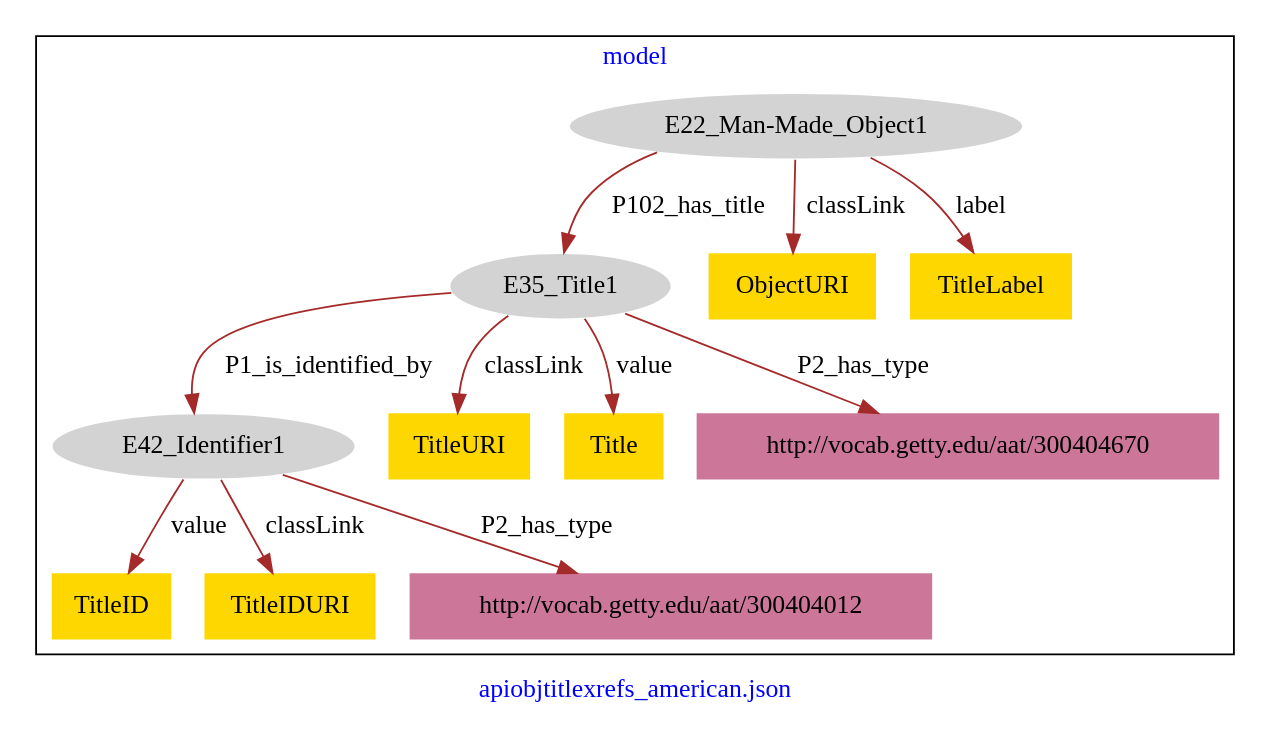
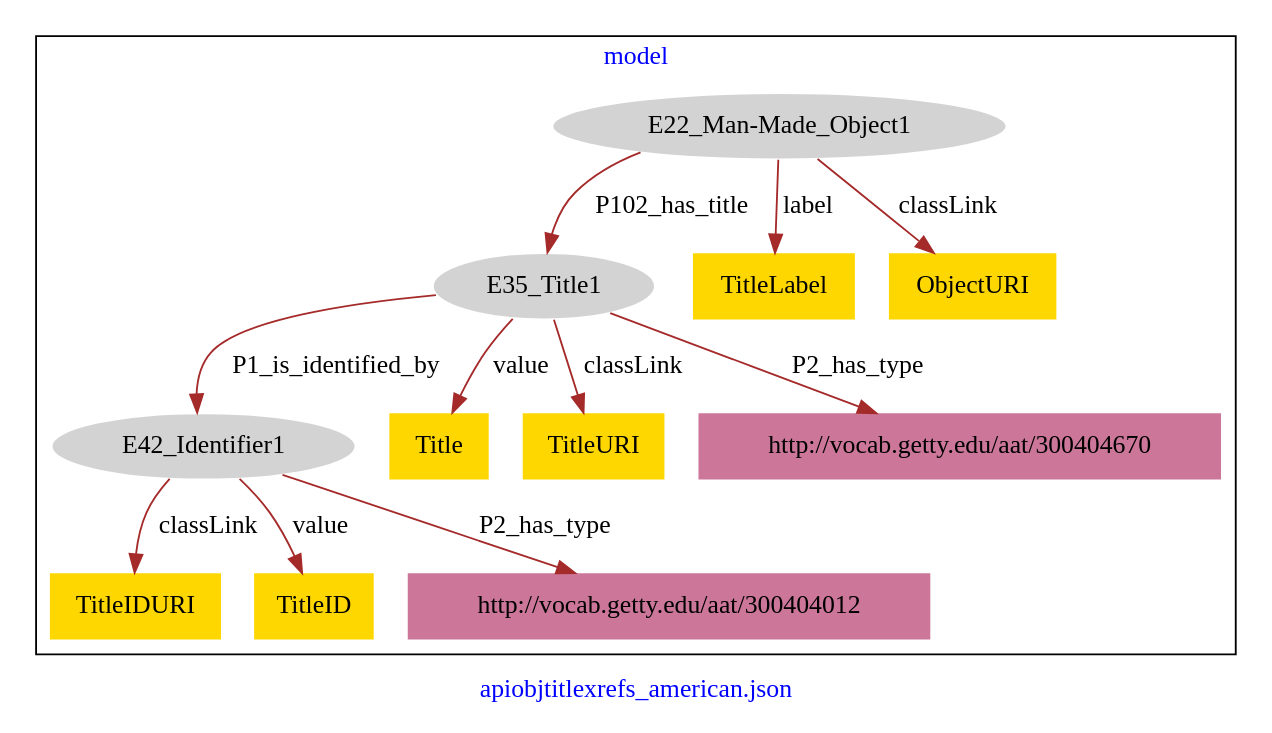
One commit to american-art/PUAM changed the diagram in apiobjtitlexrefs_american/apiobjtitlexrefs_american-primary_title-model.dot. Above: the diagram before and after it, drawn with Graphviz.

Commit message:
Update file apiobjtitlexrefs_american-primary_title-model.dot

```diff
--- a/apiobjtitlexrefs_american/apiobjtitlexrefs_american-primary_title-model.dot
+++ b/apiobjtitlexrefs_american/apiobjtitlexrefs_american-primary_title-model.dot
@@ -1,29 +1,29 @@
 digraph n0 {
 fontcolor="blue"
 remincross="true"
 label="apiobjtitlexrefs_american.json"
 subgraph cluster {
 label="model"
 n2[style="filled",color="white",fillcolor="lightgray",label="E22_Man-Made_Object1"];
 n3[style="filled",color="white",fillcolor="lightgray",label="E35_Title1"];
 n4[style="filled",color="white",fillcolor="lightgray",label="E42_Identifier1"];
-n5[shape="plaintext",style="filled",fillcolor="gold",label="TitleURI"];
+n5[shape="plaintext",style="filled",fillcolor="gold",label="TitleIDURI"];
 n6[shape="plaintext",style="filled",fillcolor="gold",label="TitleID"];
-n7[shape="plaintext",style="filled",fillcolor="gold",label="ObjectURI"];
-n8[shape="plaintext",style="filled",fillcolor="gold",label="TitleIDURI"];
-n9[shape="plaintext",style="filled",fillcolor="gold",label="TitleLabel"];
-n10[shape="plaintext",style="filled",fillcolor="gold",label="Title"];
+n7[shape="plaintext",style="filled",fillcolor="gold",label="Title"];
+n8[shape="plaintext",style="filled",fillcolor="gold",label="TitleLabel"];
+n9[shape="plaintext",style="filled",fillcolor="gold",label="TitleURI"];
+n10[shape="plaintext",style="filled",fillcolor="gold",label="ObjectURI"];
 n11[shape="plaintext",style="filled",fillcolor="#CC7799",label="http://vocab.getty.edu/aat/300404012"];
 n12[shape="plaintext",style="filled",fillcolor="#CC7799",label="http://vocab.getty.edu/aat/300404670"];
 }
 n2 -> n3[color="brown",fontcolor="black",label="P102_has_title"]
 n3 -> n4[color="brown",fontcolor="black",label="P1_is_identified_by"]
-n3 -> n5[color="brown",fontcolor="black",label="classLink"]
+n4 -> n5[color="brown",fontcolor="black",label="classLink"]
 n4 -> n6[color="brown",fontcolor="black",label="value"]
-n2 -> n7[color="brown",fontcolor="black",label="classLink"]
-n4 -> n8[color="brown",fontcolor="black",label="classLink"]
-n2 -> n9[color="brown",fontcolor="black",label="label"]
-n3 -> n10[color="brown",fontcolor="black",label="value"]
+n3 -> n7[color="brown",fontcolor="black",label="value"]
+n2 -> n8[color="brown",fontcolor="black",label="label"]
+n3 -> n9[color="brown",fontcolor="black",label="classLink"]
+n2 -> n10[color="brown",fontcolor="black",label="classLink"]
 n4 -> n11[color="brown",fontcolor="black",label="P2_has_type"]
 n3 -> n12[color="brown",fontcolor="black",label="P2_has_type"]
 }
```
